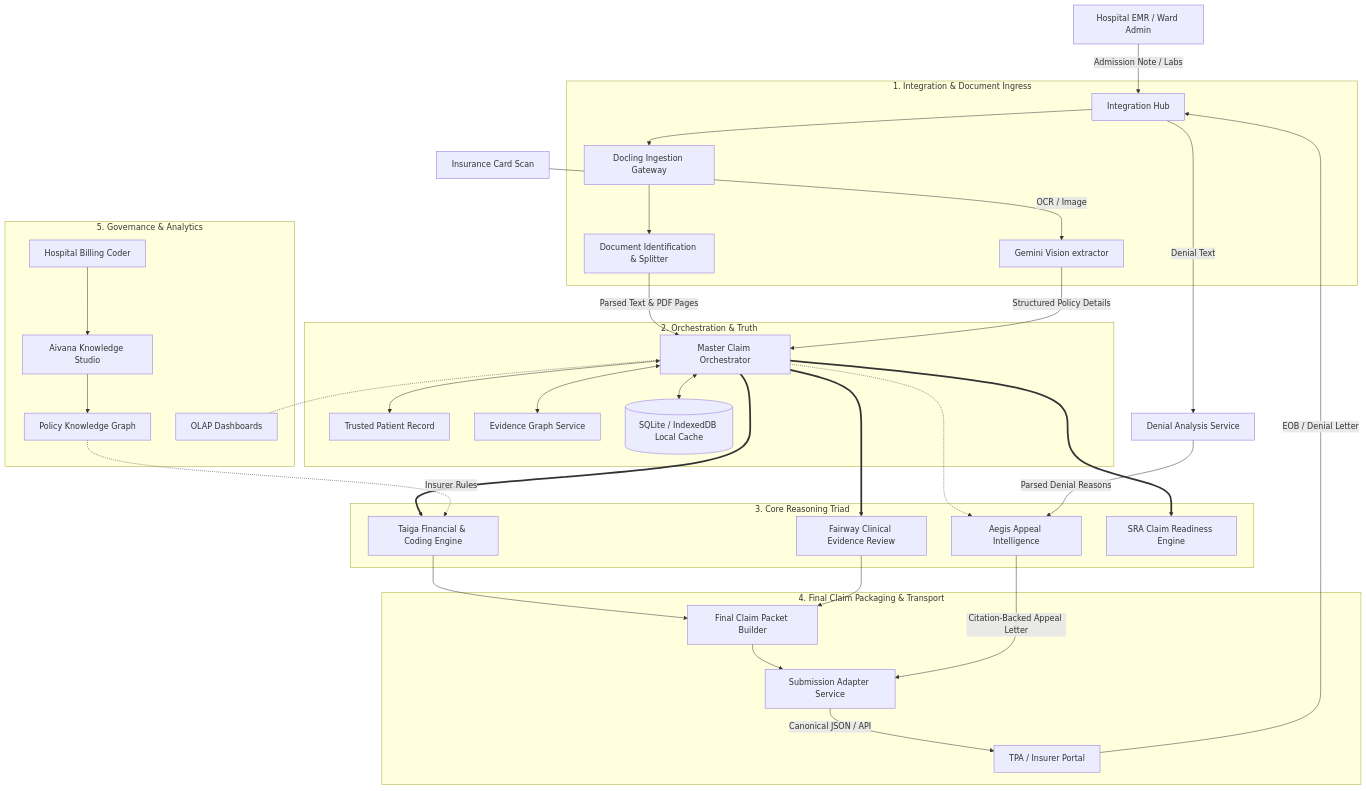
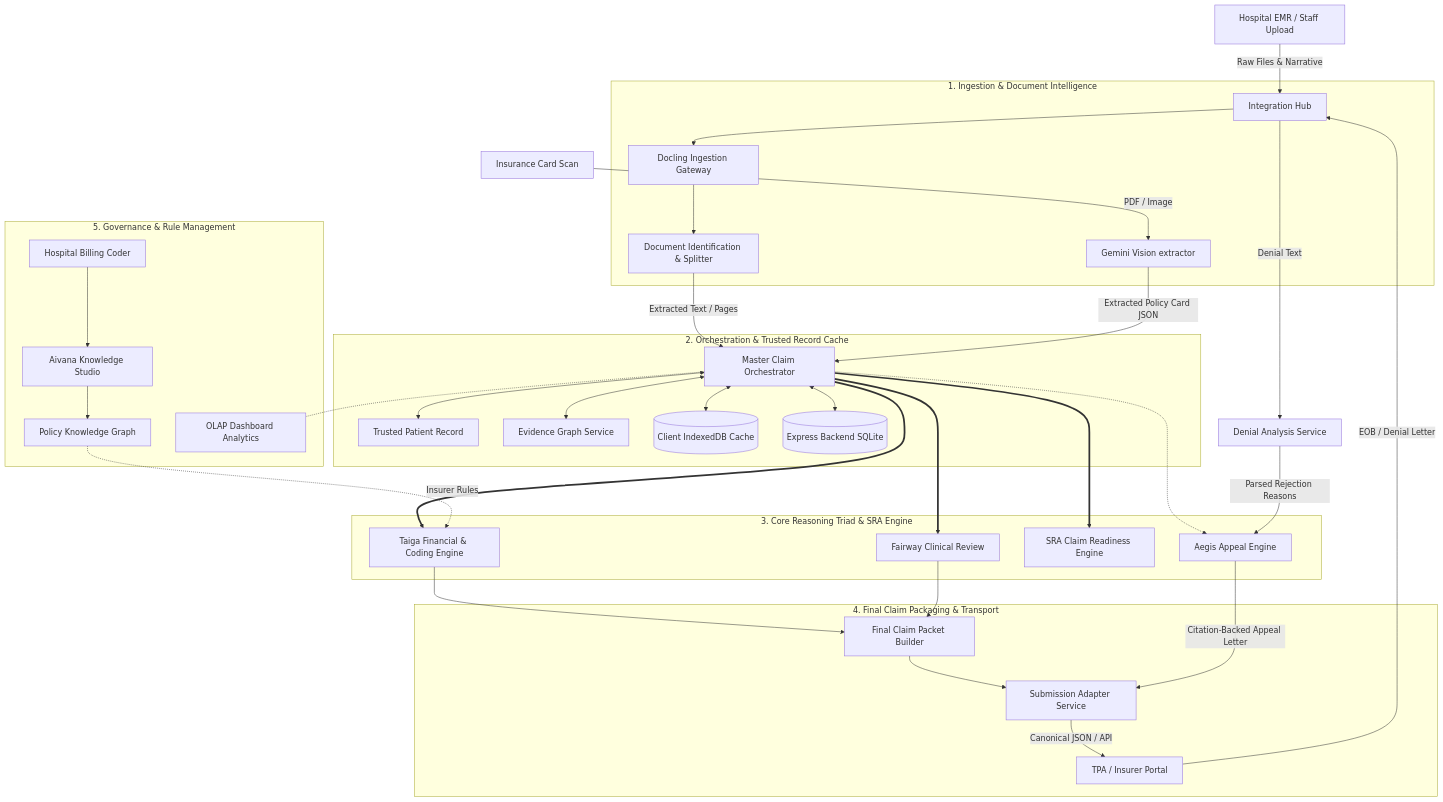
Before and after one commit to abhisheknahire89/insaurancesft-AIvana: the first of 2 diagrams in docs/aivana_architecture_document.md, drawn with Mermaid. The commit also changed other lines of this file, not shown here.

Commit message:
Update system architecture specification with detailed internal processing logic for all five modules

````diff
--- a/docs/aivana_architecture_document.md
+++ b/docs/aivana_architecture_document.md
@@ -25,74 +19,78 @@
 ```mermaid
 flowchart TD
-    %% External Entities
-    EMR[Hospital EMR / Ward Admin] -->|Admission Note / Labs| Hub[Integration Hub]
-    Card[Insurance Card Scan] -->|OCR / Image| Vision[Gemini Vision extractor]
+    %% EXTERNAL INGRESS
+    EMR[Hospital EMR / Staff Upload] -->|Raw Files & Narrative| Hub[Integration Hub]
+    Card[Insurance Card Scan] -->|PDF / Image| Vision[Gemini Vision extractor]
     TPA[TPA / Insurer Portal]
     Admin[Hospital Billing Coder]
 
-    %% Ingestion & Edge
-    subgraph Ingestion ["1. Integration & Document Ingress"]
+    %% INGESTION & DOCUMENT INTELLIGENCE
+    subgraph Ingestion ["1. Ingestion & Document Intelligence"]
         Hub
         Vision
         Docling[Docling Ingestion Gateway]
         DocID[Document Identification & Splitter]
+        
         Hub --> Docling
         Docling --> DocID
     end
 
-    %% Master Orchestration & Cache
-    DocID -->|Parsed Text & PDF Pages| MCO[Master Claim Orchestrator]
-    Vision -->|Structured Policy Details| MCO
-    
-    subgraph Core ["2. Orchestration & Truth"]
+    %% ORCHESTRATION & STORAGE
+    DocID -->|Extracted Text / Pages| MCO[Master Claim Orchestrator]
+    Vision -->|Extracted Policy Card JSON| MCO
+
+    subgraph Core ["2. Orchestration & Trusted Record Cache"]
         MCO
         TPR[Trusted Patient Record]
         EGS[Evidence Graph Service]
-        DB[(SQLite / IndexedDB Local Cache)]
+        DexieDB[(Client IndexedDB Cache)]
+        SQLiteDB[(Express Backend SQLite)]
+        
         MCO <--> TPR
         MCO <--> EGS
-        MCO <--> DB
+        MCO <--> DexieDB
+        MCO <--> SQLiteDB
     end
 
-    %% The Triad of Reasoning Engines
-    subgraph Reasoning ["3. Core Reasoning Triad"]
-        Fairway[Fairway Clinical Evidence Review]
+    %% THE INTELLECTUAL REASONING LAYERS
+    subgraph Reasoning ["3. Core Reasoning Triad & SRA Engine"]
+        Fairway[Fairway Clinical Review]
         Taiga[Taiga Financial & Coding Engine]
-        Aegis[Aegis Appeal Intelligence]
         Readiness[SRA Claim Readiness Engine]
+        Aegis[Aegis Appeal Engine]
         
         MCO ==> Fairway
         MCO ==> Taiga
         MCO ==> Readiness
         MCO -.-> Aegis
     end
 
-    %% Output Packaging
+    %% PACKAGING & DISPATCH
     subgraph Packaging ["4. Final Claim Packaging & Transport"]
         FCP[Final Claim Packet Builder]
         SAS[Submission Adapter Service]
         
         Taiga --> FCP
         Fairway --> FCP
         FCP --> SAS
         SAS -->|Canonical JSON / API| TPA
     end
 
-    %% Post Submission / Rejections
+    %% POST-SUBMISSION / REJECTIONS
     TPA -->|EOB / Denial Letter| Hub
     Hub -->|Denial Text| DAS[Denial Analysis Service]
-    DAS -->|Parsed Denial Reasons| Aegis
+    DAS -->|Parsed Rejection Reasons| Aegis
     Aegis -->|Citation-Backed Appeal Letter| SAS
 
-    %% Analytics & Config
-    subgraph Governance ["5. Governance & Analytics"]
+    %% GOVERNANCE & RULES
+    subgraph Governance ["5. Governance & Rule Management"]
         AKS[Aivana Knowledge Studio]
         PKG[Policy Knowledge Graph]
-        Analytics[OLAP Dashboards]
+        Analytics[OLAP Dashboard Analytics]
         
         Admin --> AKS
         AKS --> PKG
         PKG -.->|Insurer Rules| Taiga
         MCO -.- Analytics
     end
 ```
````
